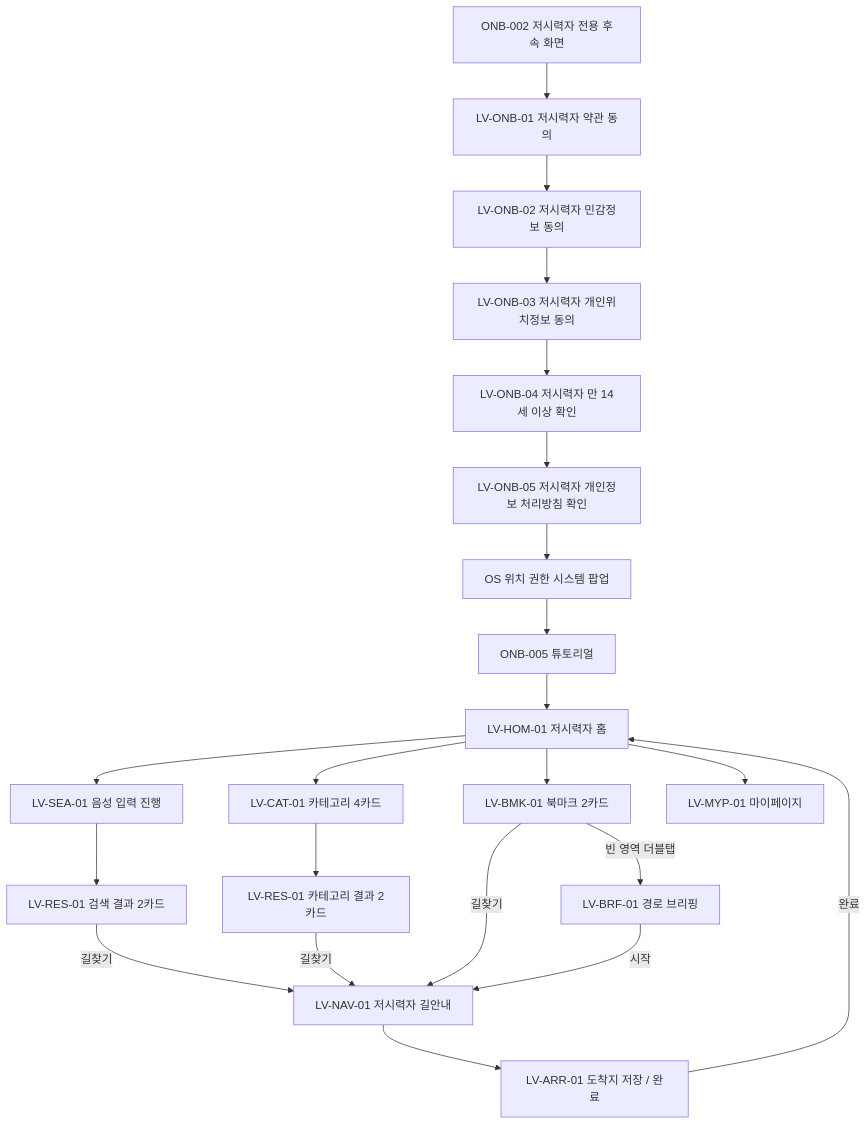
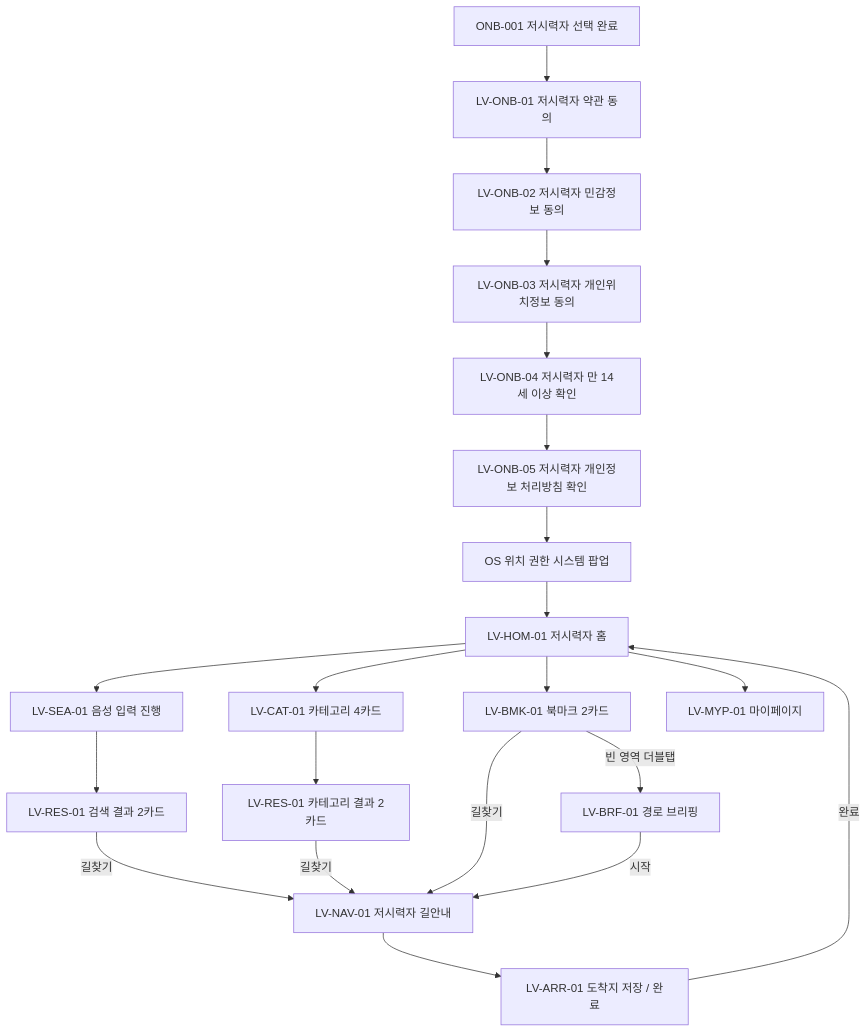
The fifth of 5 diagrams in FE/docs/2026-04-22_부산이음길_FE_화면_인벤토리_및_라우트_맵.md (busaneumgil/busaneumgil), drawn with Mermaid before and after one commit. The commit also changed other lines of this file and 2 other files, not shown here.

````diff
--- a/FE/docs/2026-04-22_부산이음길_FE_화면_인벤토리_및_라우트_맵.md
+++ b/FE/docs/2026-04-22_부산이음길_FE_화면_인벤토리_및_라우트_맵.md
@@ -574,24 +608,23 @@
 ```mermaid
 flowchart TD
-    A["ONB-002 저시력자 전용 후속 화면"] --> B["LV-ONB-01 저시력자 약관 동의"]
+    A["ONB-001 저시력자 선택 완료"] --> B["LV-ONB-01 저시력자 약관 동의"]
     B --> C["LV-ONB-02 저시력자 민감정보 동의"]
     C --> D["LV-ONB-03 저시력자 개인위치정보 동의"]
     D --> E["LV-ONB-04 저시력자 만 14세 이상 확인"]
     E --> F["LV-ONB-05 저시력자 개인정보 처리방침 확인"]
     F --> G["OS 위치 권한 시스템 팝업"]
-    G --> H["ONB-005 튜토리얼"]
-    H --> I["LV-HOM-01 저시력자 홈"]
+    G --> I["LV-HOM-01 저시력자 홈"]
     I --> J["LV-SEA-01 음성 입력 진행"]
     J --> K["LV-RES-01 검색 결과 2카드"]
     I --> L["LV-CAT-01 카테고리 4카드"]
     L --> M["LV-RES-01 카테고리 결과 2카드"]
     I --> N["LV-BMK-01 북마크 2카드"]
     I --> O["LV-MYP-01 마이페이지"]
     K -->|길찾기| P["LV-NAV-01 저시력자 길안내"]
     M -->|길찾기| P
     N -->|길찾기| P
     N -->|빈 영역 더블탭| Q["LV-BRF-01 경로 브리핑"]
     Q -->|시작| P
     P --> R["LV-ARR-01 도착지 저장 / 완료"]
     R -->|완료| I
 ```
````
